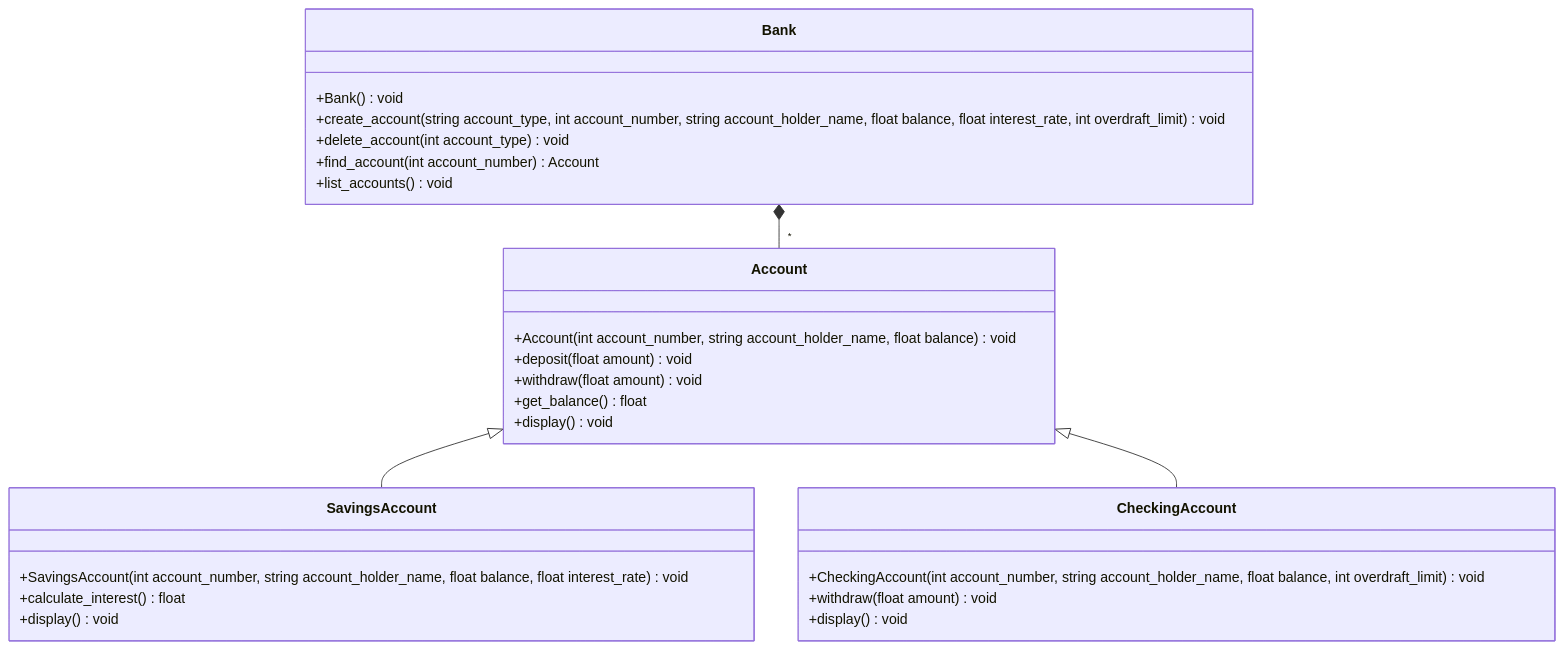
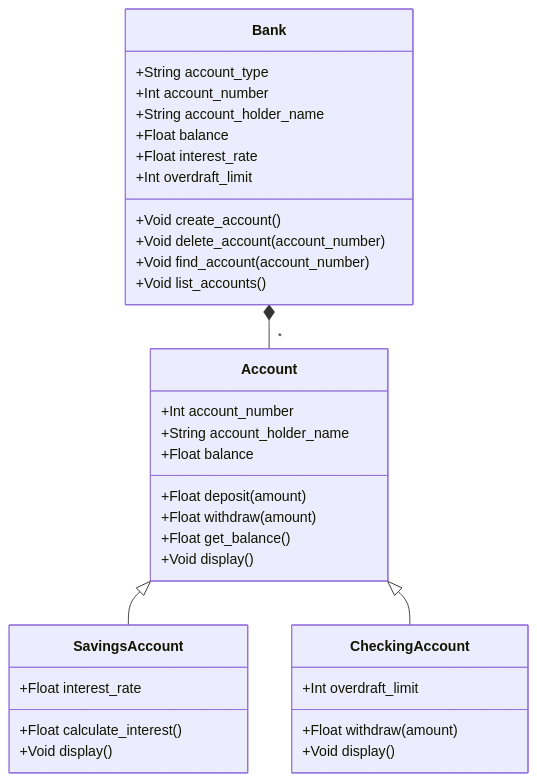
Before and after one commit to EECE3093C/Le_Huy__bearcat_trust_bank: the diagram in docs/uml_class_diagram.md, drawn with Mermaid. The commit also changed other lines of this file, not shown here.

Commit message:
Improve readability of UML

````diff
--- a/docs/uml_class_diagram.md
+++ b/docs/uml_class_diagram.md
@@ -5,30 +5,40 @@
 ```mermaid
 classDiagram
-    class Bank {
-        +Bank() void
-        +create_account(string account_type, int account_number, string account_holder_name, float balance, float interest_rate, int overdraft_limit) void
-        +delete_account(int account_type) void
-        +find_account(int account_number) Account
-        +list_accounts() void
+   
+    class Account {
+        +Int account_number
+        +String account_holder_name
+        +Float balance
+        +Float deposit(amount)
+        +Float withdraw(amount)
+        +Float get_balance()
+        +Void display()
     }
-    class Account {
-        +Account(int account_number, string account_holder_name, float balance) void
-        +deposit(float amount) void
-        +withdraw(float amount) void
-        +get_balance() float
-        +display() void
-    }
+     class Bank {
+         +String account_type
+         +Int account_number 
+         +String account_holder_name 
+         +Float balance
+         +Float interest_rate 
+         +Int overdraft_limit
+         +Void create_account()
+         +Void delete_account(account_number)
+         +Void find_account(account_number)
+         +Void list_accounts() 
+     }   
+     
     class SavingsAccount  {
-        +SavingsAccount(int account_number, string account_holder_name, float balance, float interest_rate) void
-        +calculate_interest() float
-        +display() void
+        +Float interest_rate
+        +Float calculate_interest()
+        +Void display()
     }
     class CheckingAccount {
-        +CheckingAccount(int account_number, string account_holder_name, float balance, int overdraft_limit) void
-        +withdraw(float amount) void
-        +display() void
+        +Int overdraft_limit
+        +Float withdraw(amount)
+        +Void display()
     }
+    
     Account <|-- SavingsAccount
     Account <|-- CheckingAccount
-    Bank *-- "*" Account
+    Bank *-- "*" Account   
 ```
````
